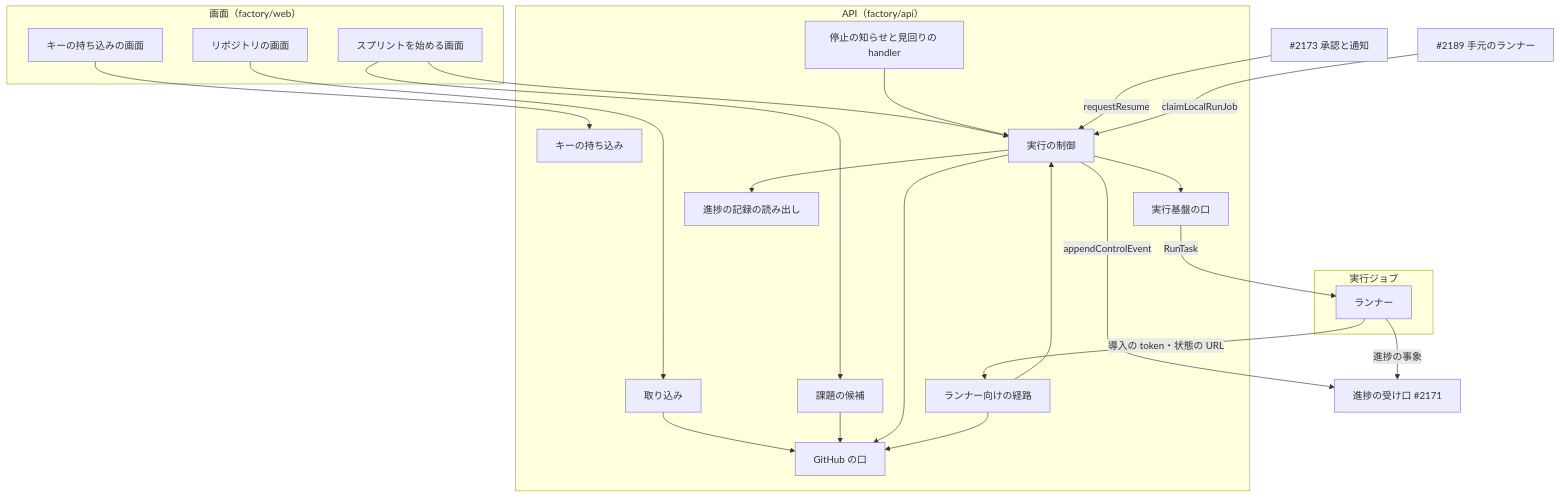
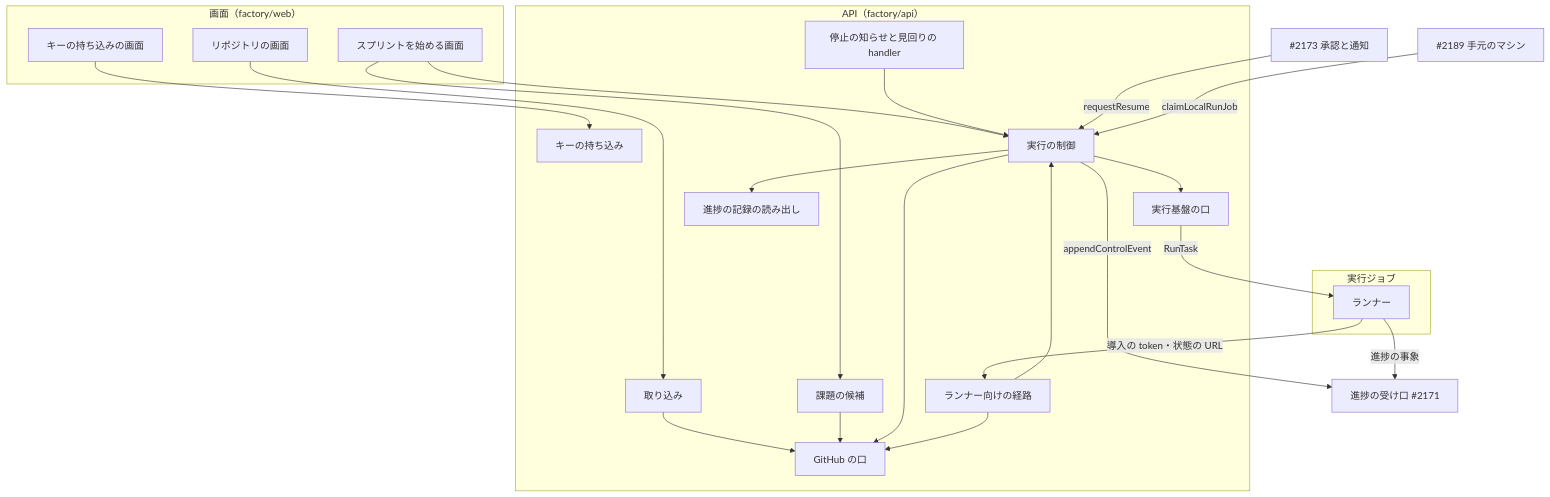
One commit to devbasex/ai-plugins changed the diagram in docs/specifications/ndf-factory-runs-and-runner.md. Above: the diagram before and after it, drawn with Mermaid. The commit also changed other lines of this file and 33 other files, not shown here.

````diff
--- a/docs/specifications/ndf-factory-runs-and-runner.md
+++ b/docs/specifications/ndf-factory-runs-and-runner.md
@@ -88,43 +88,43 @@
 ```mermaid
 graph TD
     subgraph sg1["画面（factory/web）"]
         PR[リポジトリの画面]
         PK[キーの持ち込みの画面]
         PS[スプリントを始める画面]
     end
     subgraph sg2["API（factory/api）"]
         REPO[取り込み]
         CRED[キーの持ち込み]
         CAND[課題の候補]
         CTRL[実行の制御]
         RAPI[ランナー向けの経路]
         RCH[停止の知らせと見回りの handler]
         GH[GitHub の口]
         ECS[実行基盤の口]
         READ[進捗の記録の読み出し]
     end
     subgraph sg3["実行ジョブ"]
         RUN[ランナー]
     end
     ING[進捗の受け口 #2171]
     C2173["#2173 承認と通知"]
-    C2189["#2189 手元のランナー"]
+    C2189["#2189 手元のマシン"]
     PR --> REPO
     PK --> CRED
     PS --> CAND
     PS --> CTRL
     REPO --> GH
     CAND --> GH
     CTRL --> GH
     CTRL --> ECS
     CTRL --> READ
     CTRL -->|appendControlEvent| ING
     RCH --> CTRL
     RAPI --> GH
     RAPI --> CTRL
     C2173 -->|requestResume| CTRL
     C2189 -->|claimLocalRunJob| CTRL
     ECS -->|RunTask| RUN
     RUN -->|導入の token・状態の URL| RAPI
     RUN -->|進捗の事象| ING
 ```
````
